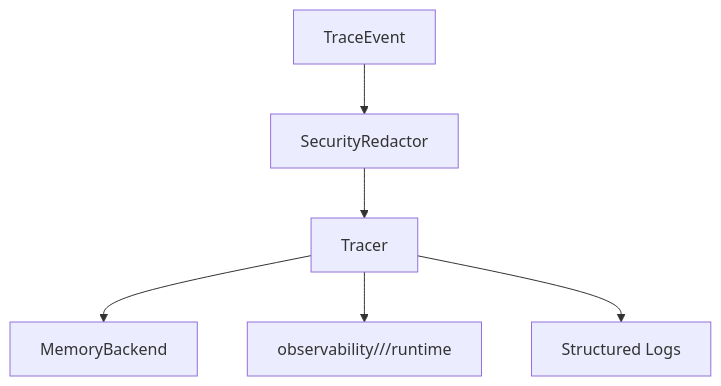
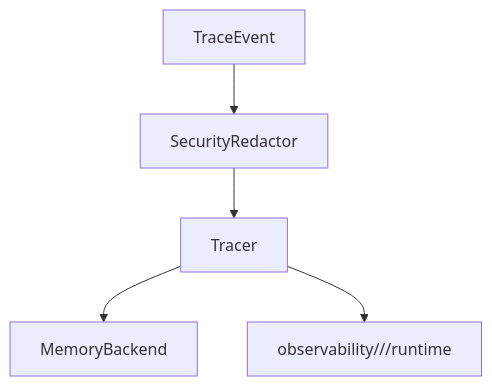
Before and after one commit to chethanp11/master: the eighth of 10 diagrams in docs/core_architecture.md, drawn with Mermaid. The commit also changed other lines of this file and 71 other files, not shown here.

````diff
--- a/docs/core_architecture.md
+++ b/docs/core_architecture.md
@@ -366,8 +363,7 @@
 ```mermaid
 flowchart TB
   Event[TraceEvent] --> Redactor[SecurityRedactor]
   Redactor --> Tracer
   Tracer --> Memory[MemoryBackend]
   Tracer --> Observability[observability/<product>/<run_id>/runtime]
-  Tracer --> Logs[Structured Logs]
 ```
````
